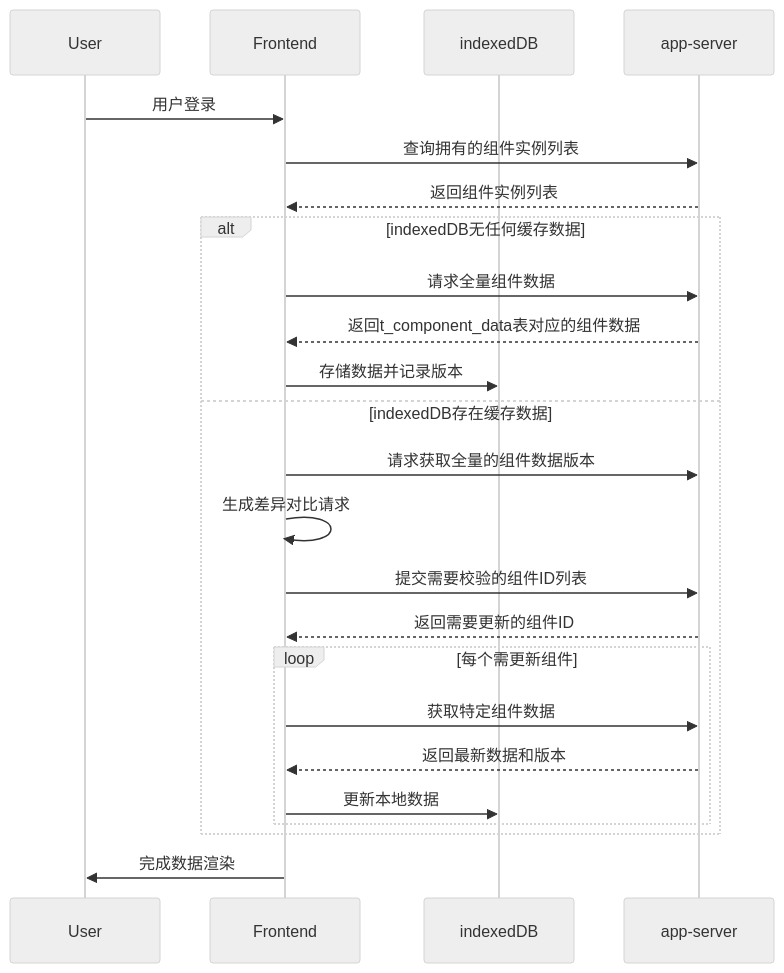
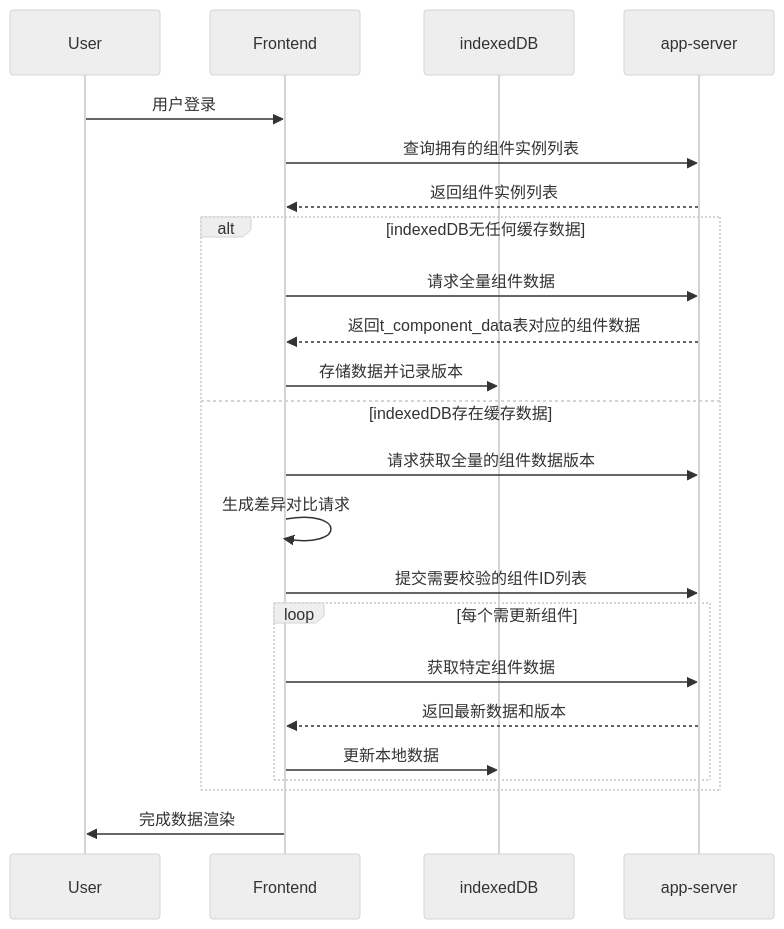
One commit to yingjianzh/iodraw-files changed the diagram in all/未命名-24.md. Above: the diagram before and after it, drawn with Mermaid (neutral theme).

Commit message:
2025-02-24 17:12:08 update

````diff
--- a/all/未命名-24.md
+++ b/all/未命名-24.md
@@ -1,28 +1,27 @@
 ```mermaid
 sequenceDiagram
     participant User
     participant Frontend
     participant indexedDB
     participant app-server
 
     User->>Frontend: 用户登录
     Frontend->>app-server: 查询拥有的组件实例列表
     app-server-->>Frontend: 返回组件实例列表
     
     alt indexedDB无任何缓存数据
         Frontend->>app-server: 请求全量组件数据
         app-server-->>Frontend: 返回t_component_data表对应的组件数据
         Frontend->>indexedDB: 存储数据并记录版本
     else indexedDB存在缓存数据
         Frontend->>app-server: 请求获取全量的组件数据版本
         Frontend->>Frontend: 生成差异对比请求
         Frontend->>app-server: 提交需要校验的组件ID列表
-        app-server-->>Frontend: 返回需要更新的组件ID
         loop 每个需更新组件
             Frontend->>app-server: 获取特定组件数据
             app-server-->>Frontend: 返回最新数据和版本
             Frontend->>indexedDB: 更新本地数据
         end
     end
     Frontend->>User: 完成数据渲染
 ```
````
